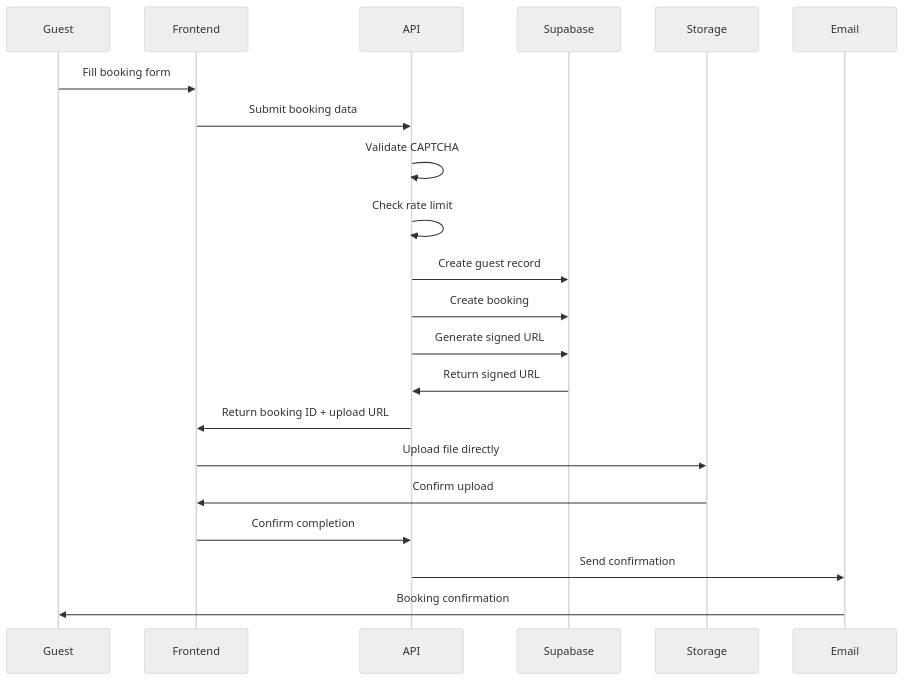
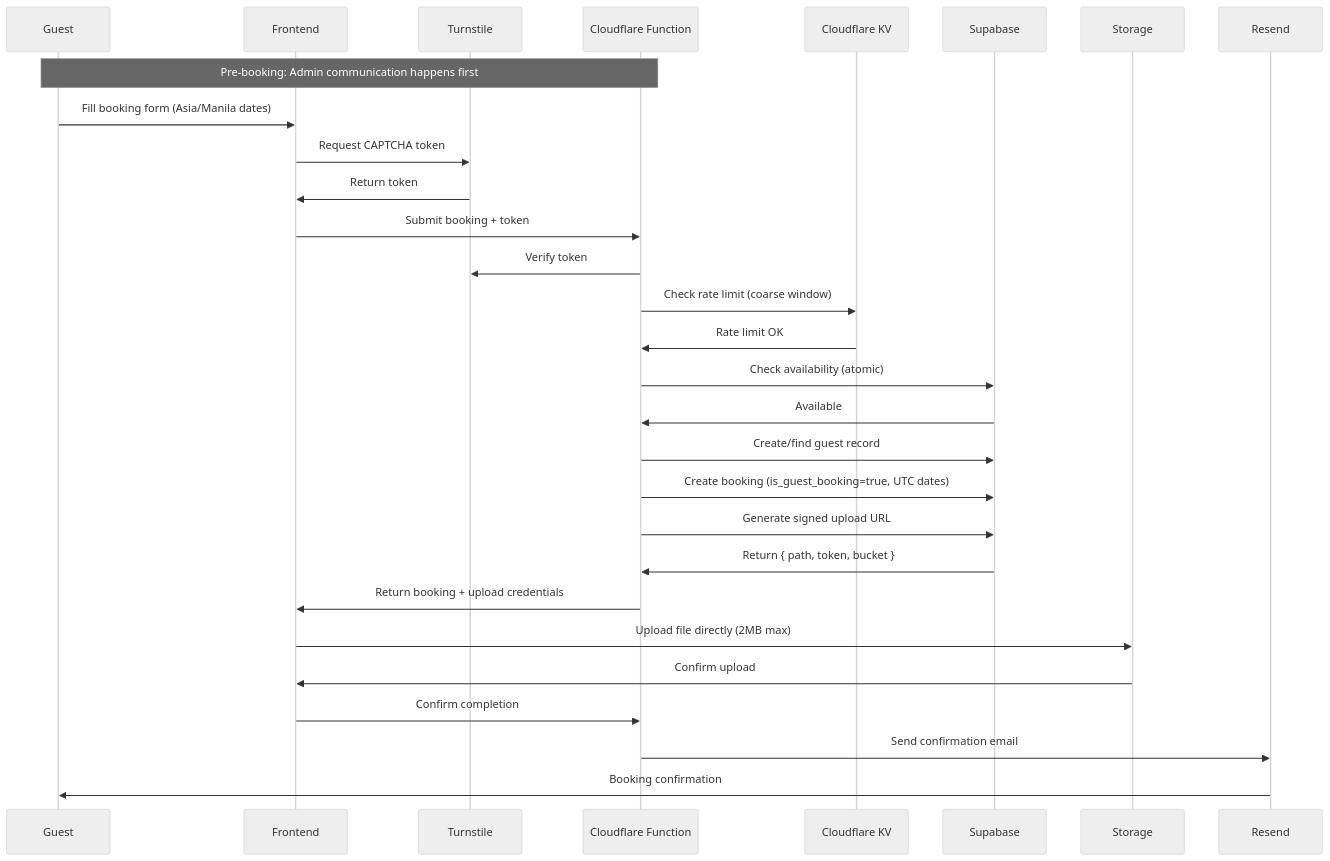
One commit to okaeri-rh-dev/okaeri-resort-system changed the second of 3 diagrams in docs/implementation/guest-booking-system/01-master-plan.md. Above: the diagram before and after it, drawn with Mermaid (neutral theme). The commit also changed other lines of this file and 6 other files, not shown here.

````diff
--- a/docs/implementation/guest-booking-system/01-master-plan.md
+++ b/docs/implementation/guest-booking-system/01-master-plan.md
@@ -54,24 +58,32 @@
 ```mermaid
 sequenceDiagram
     participant Guest
     participant Frontend
-    participant API
+    participant Turnstile
+    participant CFFunction as Cloudflare Function
+    participant KV as Cloudflare KV
     participant Supabase
     participant Storage
-    participant Email
+    participant Resend
 
-    Guest->>Frontend: Fill booking form
-    Frontend->>API: Submit booking data
-    API->>API: Validate CAPTCHA
-    API->>API: Check rate limit
-    API->>Supabase: Create guest record
-    API->>Supabase: Create booking
-    API->>Supabase: Generate signed URL
-    Supabase->>API: Return signed URL
-    API->>Frontend: Return booking ID + upload URL
-    Frontend->>Storage: Upload file directly
+    Note over Guest,CFFunction: Pre-booking: Admin communication happens first
+    Guest->>Frontend: Fill booking form (Asia/Manila dates)
+    Frontend->>Turnstile: Request CAPTCHA token
+    Turnstile->>Frontend: Return token
+    Frontend->>CFFunction: Submit booking + token
+    CFFunction->>Turnstile: Verify token
+    CFFunction->>KV: Check rate limit (coarse window)
+    KV->>CFFunction: Rate limit OK
+    CFFunction->>Supabase: Check availability (atomic)
+    Supabase->>CFFunction: Available
+    CFFunction->>Supabase: Create/find guest record
+    CFFunction->>Supabase: Create booking (is_guest_booking=true, UTC dates)
+    CFFunction->>Supabase: Generate signed upload URL
+    Supabase->>CFFunction: Return { path, token, bucket }
+    CFFunction->>Frontend: Return booking + upload credentials
+    Frontend->>Storage: Upload file directly (2MB max)
     Storage->>Frontend: Confirm upload
-    Frontend->>API: Confirm completion
-    API->>Email: Send confirmation
-    Email->>Guest: Booking confirmation
+    Frontend->>CFFunction: Confirm completion
+    CFFunction->>Resend: Send confirmation email
+    Resend->>Guest: Booking confirmation
 ```
````
